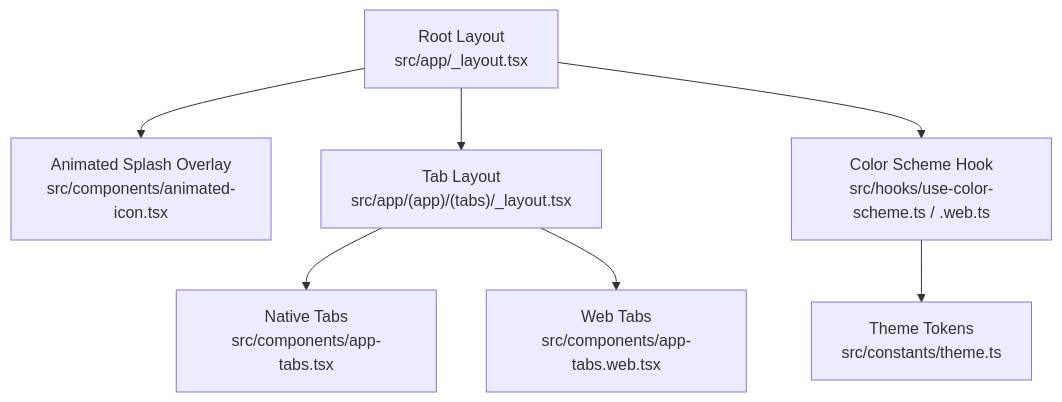
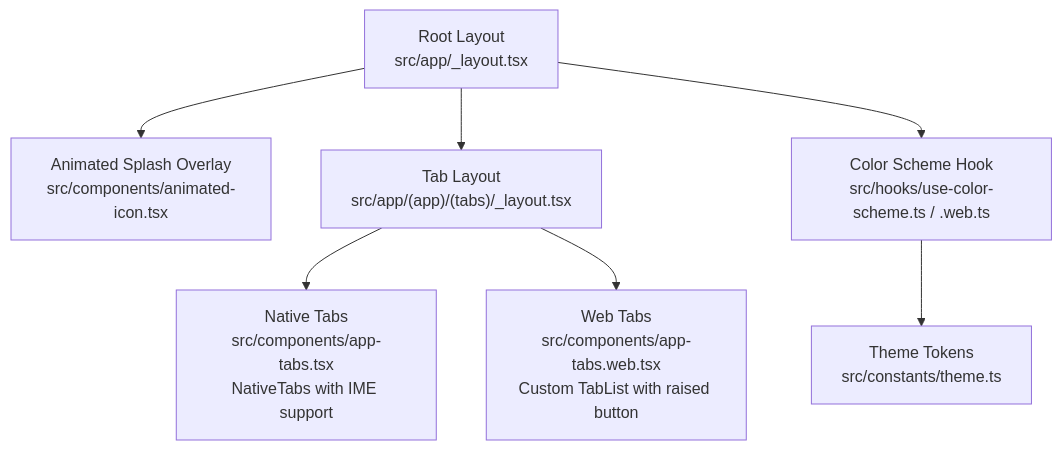
The first of 6 diagrams in .qoder/repowiki/en/content/Platform Specifics.md (Muhammad-Masood/tijarah-ai-app), drawn with Mermaid before and after one commit. The commit also changed other lines of this file and 18 other files, not shown here.

````diff
--- a/.qoder/repowiki/en/content/Platform Specifics.md
+++ b/.qoder/repowiki/en/content/Platform Specifics.md
@@ -44,9 +51,9 @@
 ```mermaid
 graph TB
 A["Root Layout<br/>src/app/_layout.tsx"] --> B["Animated Splash Overlay<br/>src/components/animated-icon.tsx"]
 A --> C["Tab Layout<br/>src/app/(app)/(tabs)/_layout.tsx"]
-C --> D["Native Tabs<br/>src/components/app-tabs.tsx"]
-C --> E["Web Tabs<br/>src/components/app-tabs.web.tsx"]
+C --> D["Native Tabs<br/>src/components/app-tabs.tsx<br/>NativeTabs with IME support"]
+C --> E["Web Tabs<br/>src/components/app-tabs.web.tsx<br/>Custom TabList with raised button"]
 A --> F["Color Scheme Hook<br/>src/hooks/use-color-scheme.ts / .web.ts"]
 F --> G["Theme Tokens<br/>src/constants/theme.ts"]
 ```
````
